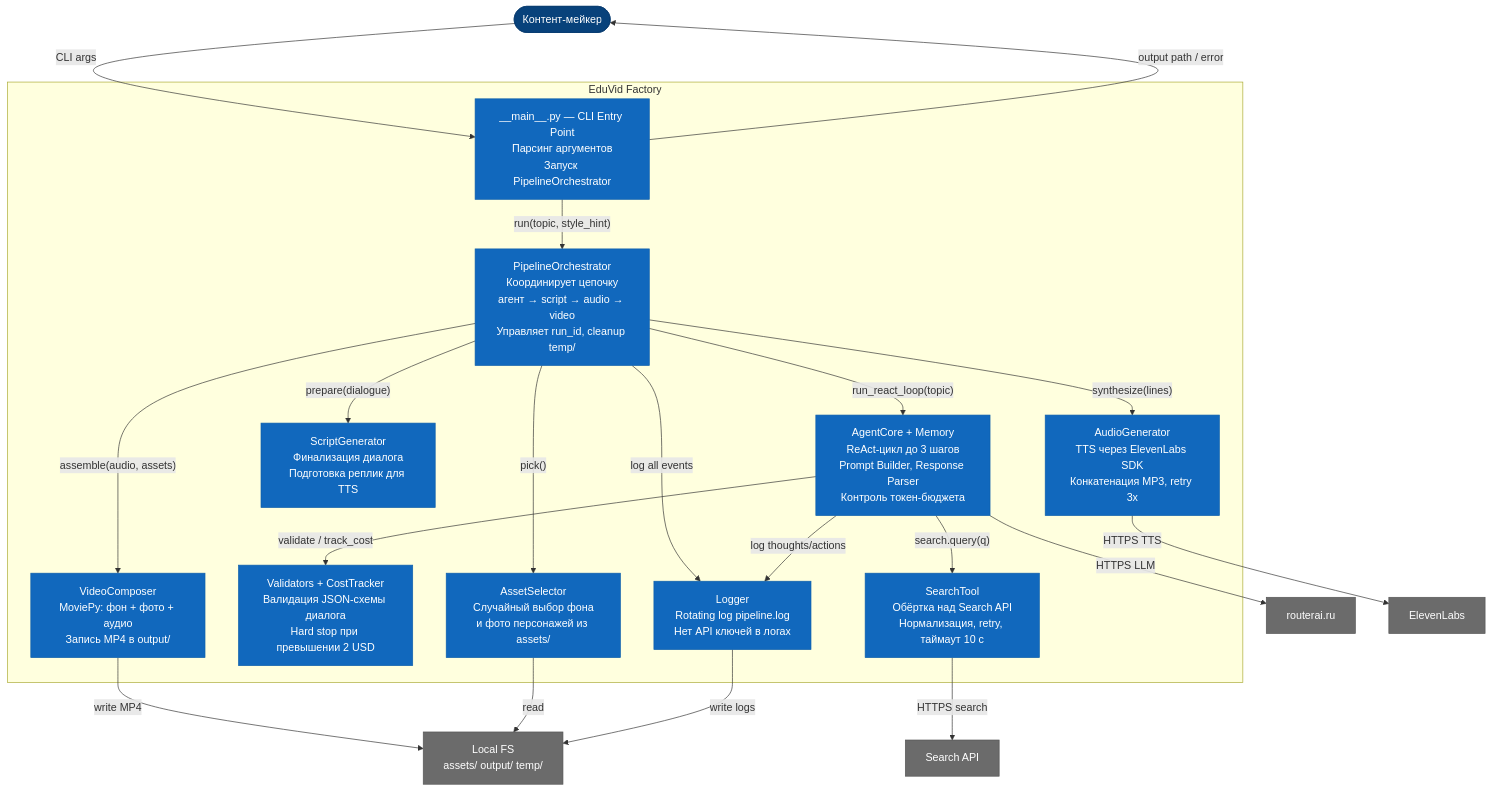
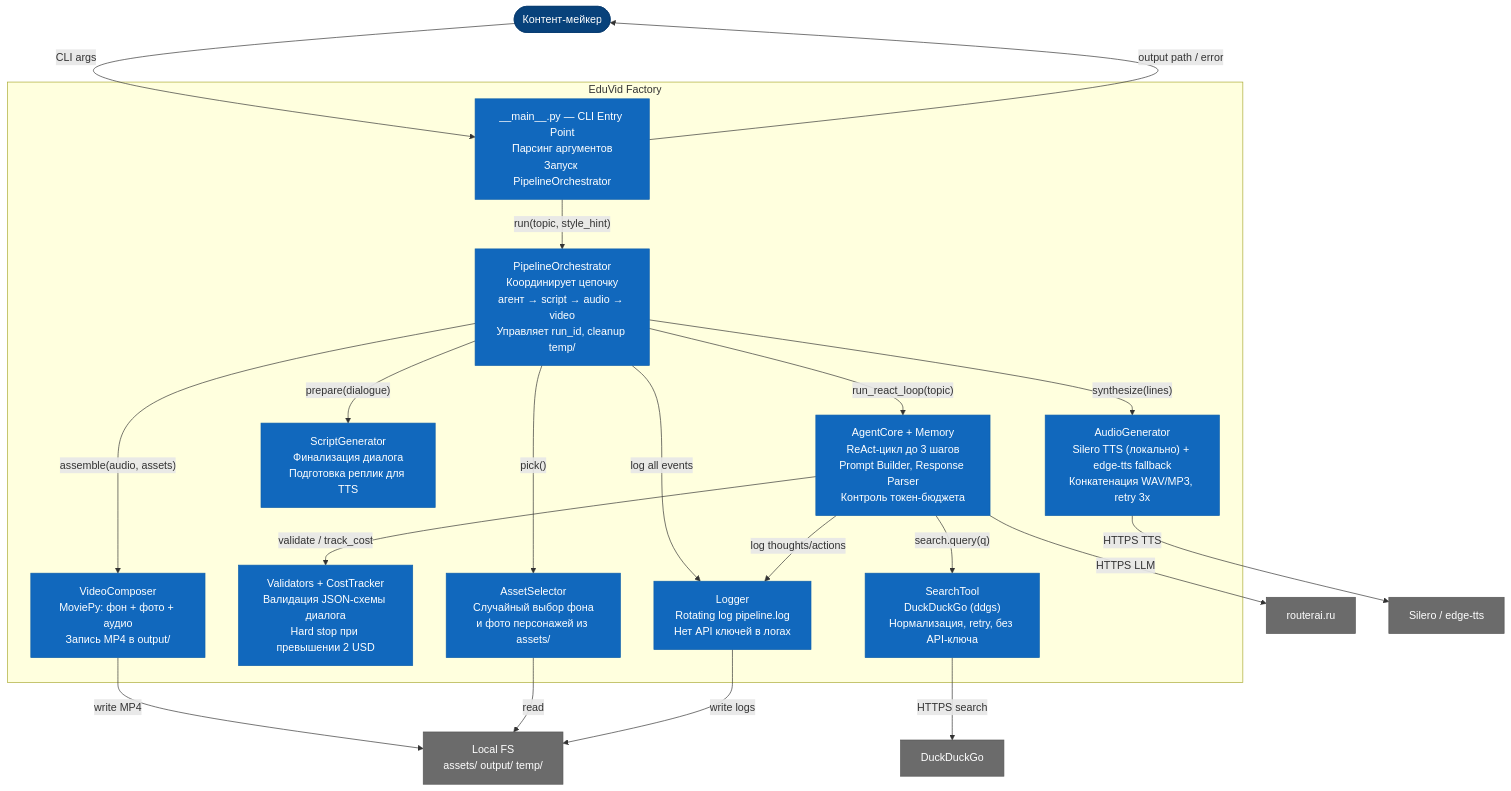
The diagram in docs/diagrams/c4-container.md (MukhtarovTimerlan/EduVid_Factory), drawn with Mermaid before and after one commit. The commit also changed 55 other files, not shown here.

````diff
--- a/docs/diagrams/c4-container.md
+++ b/docs/diagrams/c4-container.md
@@ -5,49 +5,49 @@
 ```mermaid
 graph TB
     user(["Контент-мейкер"])
 
     subgraph evf["EduVid Factory"]
         cli["__main__.py — CLI Entry Point\nПарсинг аргументов\nЗапуск PipelineOrchestrator"]
         orch["PipelineOrchestrator\nКоординирует цепочку\nагент → script → audio → video\nУправляет run_id, cleanup temp/"]
         agent["AgentCore + Memory\nReAct-цикл до 3 шагов\nPrompt Builder, Response Parser\nКонтроль токен-бюджета"]
-        tools["SearchTool\nОбёртка над Search API\nНормализация, retry, таймаут 10 с"]
+        tools["SearchTool\nDuckDuckGo (ddgs)\nНормализация, retry, без API-ключа"]
         validators["Validators + CostTracker\nВалидация JSON-схемы диалога\nHard stop при превышении 2 USD"]
         script["ScriptGenerator\nФинализация диалога\nПодготовка реплик для TTS"]
-        audio["AudioGenerator\nTTS через ElevenLabs SDK\nКонкатенация MP3, retry 3x"]
+        audio["AudioGenerator\nSilero TTS (локально) + edge-tts fallback\nКонкатенация WAV/MP3, retry 3x"]
         assets["AssetSelector\nСлучайный выбор фона\nи фото персонажей из assets/"]
         video["VideoComposer\nMoviePy: фон + фото + аудио\nЗапись MP4 в output/"]
         logger["Logger\nRotating log pipeline.log\nНет API ключей в логах"]
     end
 
     router["routerai.ru"]
-    search_api["Search API"]
-    tts_api["ElevenLabs"]
+    search_api["DuckDuckGo"]
+    tts_api["Silero / edge-tts"]
     fs["Local FS\nassets/ output/ temp/"]
 
     user -->|"CLI args"| cli
     cli -->|"run(topic, style_hint)"| orch
     orch -->|"run_react_loop(topic)"| agent
     agent -->|"search.query(q)"| tools
     agent -->|"validate / track_cost"| validators
     orch -->|"prepare(dialogue)"| script
     orch -->|"synthesize(lines)"| audio
     orch -->|"pick()"| assets
     orch -->|"assemble(audio, assets)"| video
     agent -->|"HTTPS LLM"| router
     tools -->|"HTTPS search"| search_api
     audio -->|"HTTPS TTS"| tts_api
     video -->|"write MP4"| fs
     assets -->|"read"| fs
     logger -->|"write logs"| fs
     orch -->|"log all events"| logger
     agent -->|"log thoughts/actions"| logger
     cli -->|"output path / error"| user
 
     classDef person fill:#08427b,color:#fff,stroke:#073b6f
     classDef container fill:#1168bd,color:#fff,stroke:#0e5fab
     classDef external fill:#6b6b6b,color:#fff,stroke:#555
 
     class user person
     class cli,orch,agent,tools,validators,script,audio,assets,video,logger container
     class router,search_api,tts_api,fs external
 ```
````
